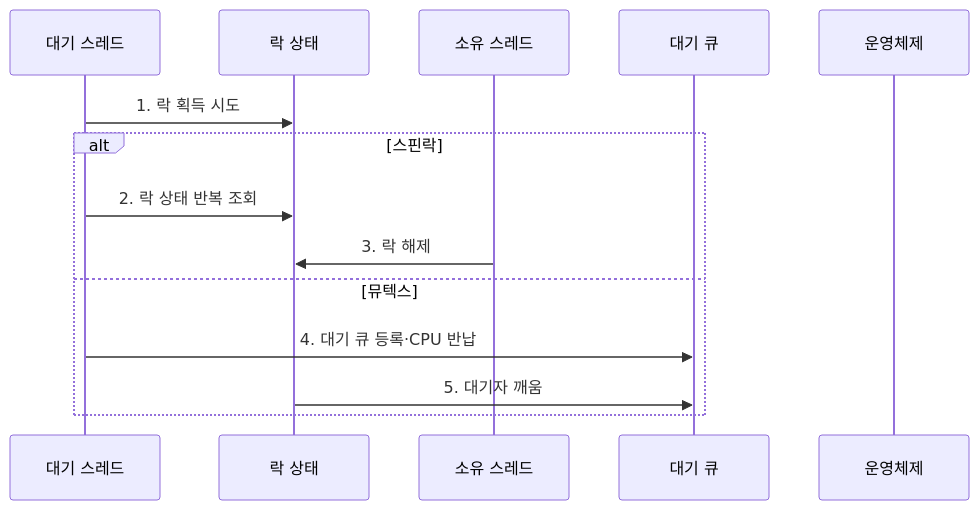
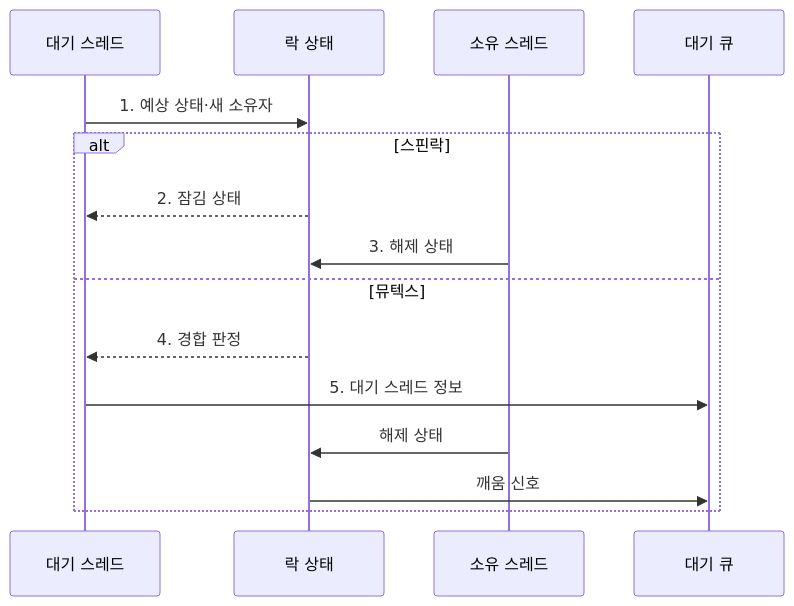
Before and after one commit to agnusdei1207/knowledge-base: the second of 2 diagrams in src/content/docs/notes/03-software/013_spinlock_vs_mutex.md, drawn with Mermaid. The commit also changed other lines of this file and 20 other files, not shown here.

````diff
--- a/src/content/docs/notes/03-software/013_spinlock_vs_mutex.md
+++ b/src/content/docs/notes/03-software/013_spinlock_vs_mutex.md
@@ -92,16 +95,17 @@
 ```mermaid
 sequenceDiagram
     participant W as 대기 스레드
     participant L as 락 상태
     participant O as 소유 스레드
     participant Q as 대기 큐
-    participant C as 운영체제
-    W->>L: 1. 락 획득 시도
+    W->>L: 1. 예상 상태·새 소유자
     alt 스핀락
-        W->>L: 2. 락 상태 반복 조회
-        O->>L: 3. 락 해제
+        L-->>W: 2. 잠김 상태
+        O->>L: 3. 해제 상태
     else 뮤텍스
-        W->>Q: 4. 대기 큐 등록·CPU 반납
-        L->>Q: 5. 대기자 깨움
+        L-->>W: 4. 경합 판정
+        W->>Q: 5. 대기 스레드 정보
+        O->>L: 해제 상태
+        L->>Q: 깨움 신호
     end
 ```
````
